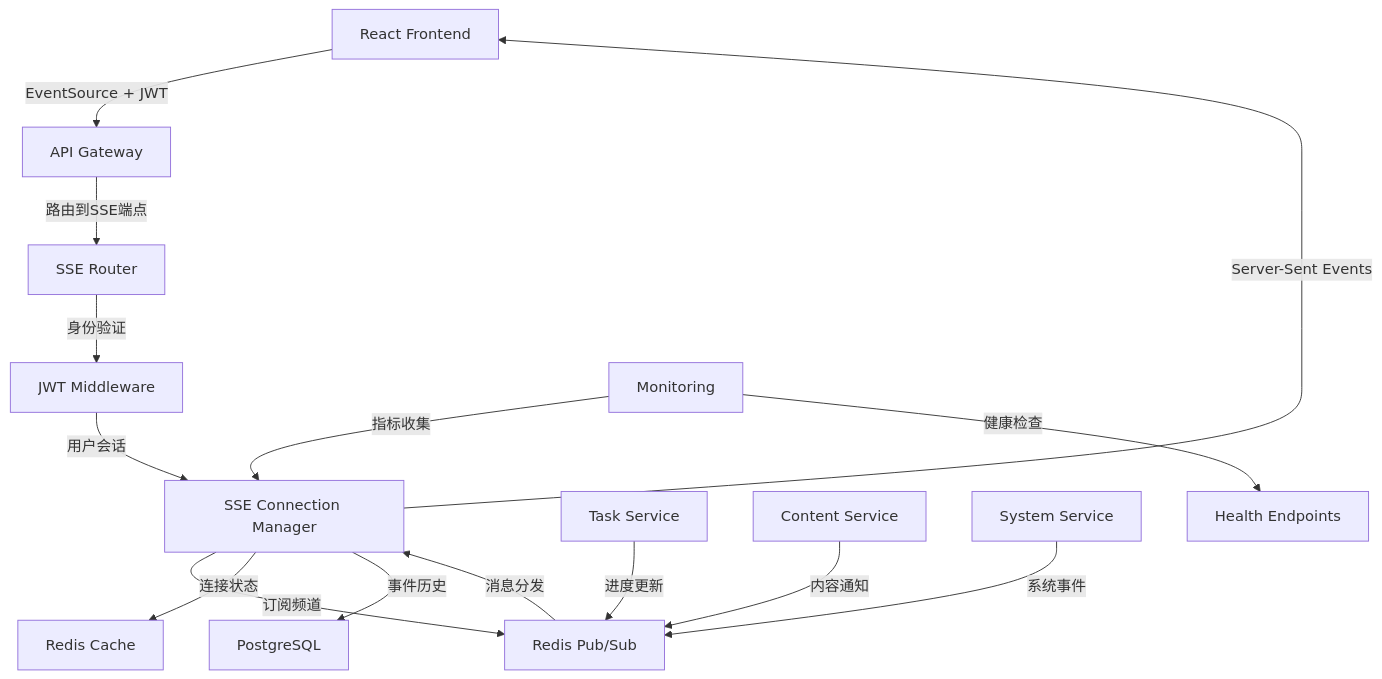
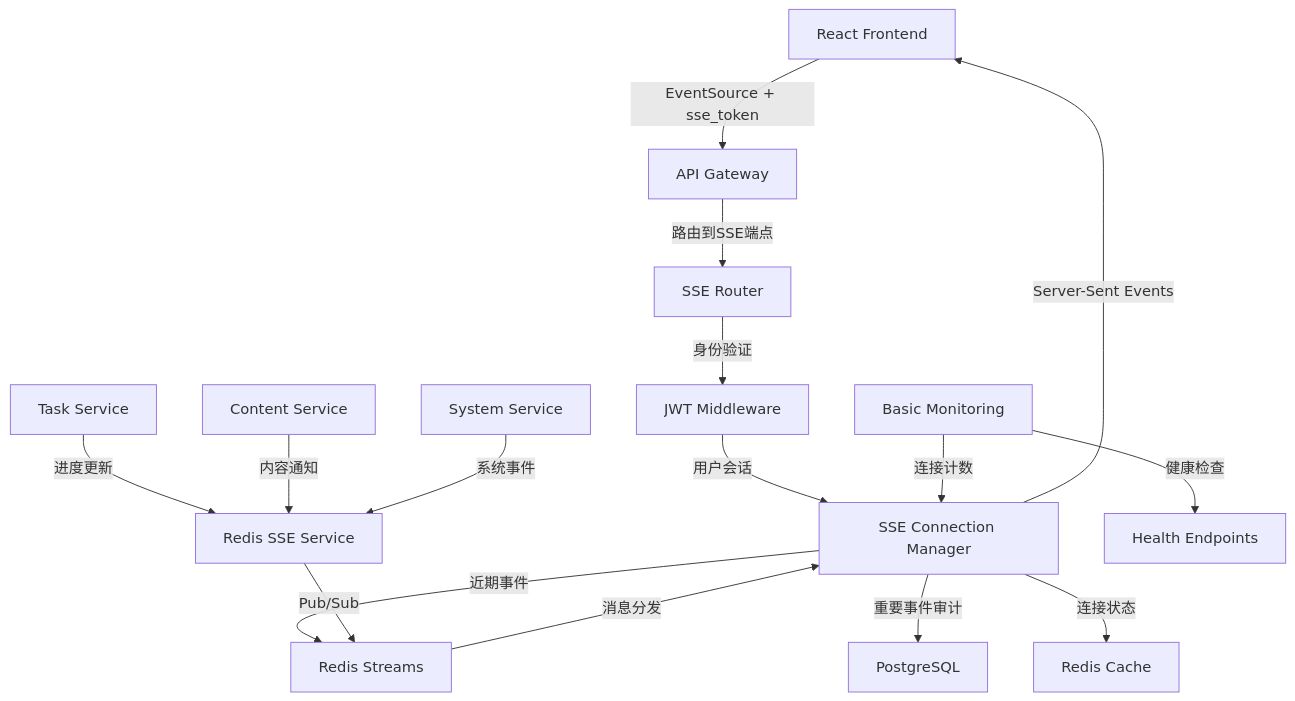
The first of 5 diagrams in .tasks/implement-sse-2/design.md (zhiyue/infinite-scribe), drawn with Mermaid before and after one commit. The commit also changed other lines of this file and 3 other files, not shown here.

````diff
--- a/.tasks/implement-sse-2/design.md
+++ b/.tasks/implement-sse-2/design.md
@@ -35,21 +41,22 @@
 ```mermaid
 graph TB
-    A[React Frontend] -->|EventSource + JWT| B[API Gateway]
+    A[React Frontend] -->|EventSource + sse_token| B[API Gateway]
     B -->|路由到SSE端点| C[SSE Router]
     C -->|身份验证| D[JWT Middleware]
     D -->|用户会话| E[SSE Connection Manager]
     
-    E -->|订阅频道| F[Redis Pub/Sub]
-    E -->|连接状态| G[Redis Cache]
-    E -->|事件历史| H[PostgreSQL]
+    E -->|连接状态| F[Redis Cache]
+    E -->|近期事件| G[Redis Streams]
+    E -->|重要事件审计| H[PostgreSQL]
     
-    I[Task Service] -->|进度更新| F
-    J[Content Service] -->|内容通知| F
-    K[System Service] -->|系统事件| F
+    I[Task Service] -->|进度更新| J[Redis SSE Service]
+    K[Content Service] -->|内容通知| J
+    L[System Service] -->|系统事件| J
     
-    F -->|消息分发| E
+    J -->|Pub/Sub| G
+    G -->|消息分发| E
     E -->|Server-Sent Events| A
     
-    L[Monitoring] -->|指标收集| E
-    L -->|健康检查| M[Health Endpoints]
+    M[Basic Monitoring] -->|连接计数| E
+    M -->|健康检查| N[Health Endpoints]
 ```
````
